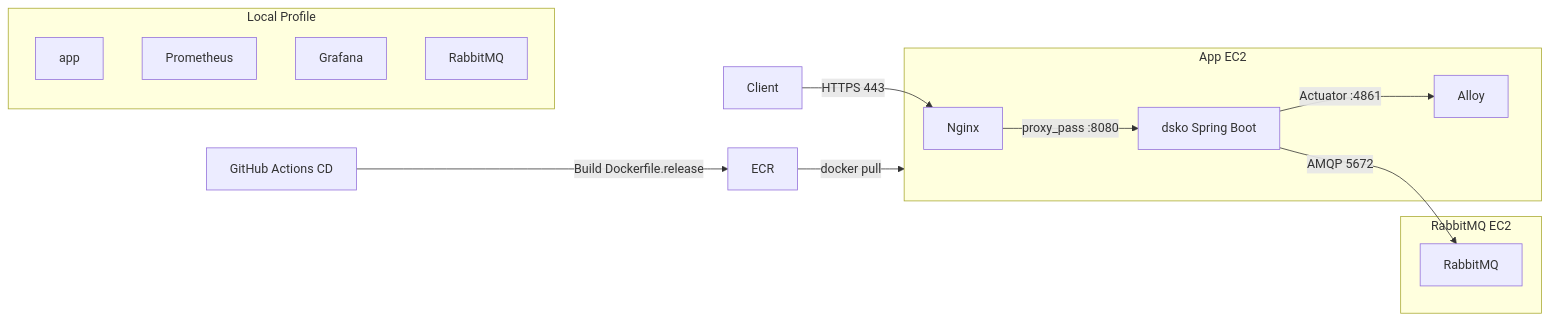
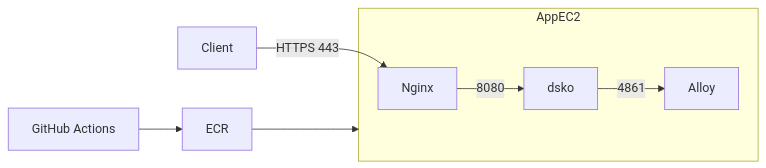
One commit to ImHereOfRati/server changed the diagram in docs/infra/docker.md. Above: the diagram before and after it, drawn with Mermaid. The commit also changed other lines of this file and 161 other files, not shown here.

````diff
--- a/docs/infra/docker.md
+++ b/docs/infra/docker.md
@@ -169,26 +69,10 @@
 ```mermaid
 flowchart LR
-    Client[Client] -->|HTTPS 443| Nginx[Nginx]
-
-    subgraph AppEC2[App EC2]
-        Nginx -->|proxy_pass :8080| App[dsko Spring Boot]
-        Alloy[Alloy]
-        App -->|Actuator :4861| Alloy
+    Client -->|HTTPS 443| Nginx
+    subgraph AppEC2
+        Nginx -->|8080| App["dsko"]
+        App -->|4861| Alloy
     end
-
-    subgraph RabbitEC2[RabbitMQ EC2]
-        RabbitMQ[RabbitMQ]
-    end
-
-    App -->|AMQP 5672| RabbitMQ
-
-    subgraph Local[Local Profile]
-        LocalApp[app]
-        Prometheus[Prometheus]
-        Grafana[Grafana]
-        LocalRabbit[RabbitMQ]
-    end
-
-    GitHubActions[GitHub Actions CD] -->|Build Dockerfile.release| ECR[ECR]
-    ECR -->|docker pull| AppEC2
+    GitHub["GitHub Actions"] --> ECR
+    ECR --> AppEC2
 ```
````
